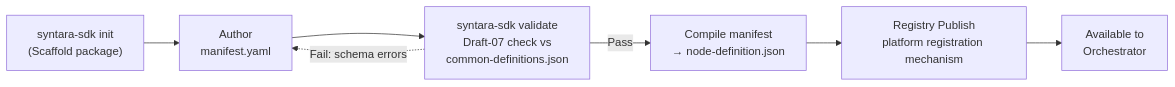
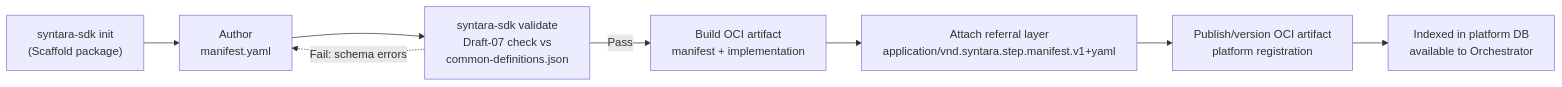
One commit to syntara-orchestration/syntara-node-sdk changed the second of 8 diagrams in docs/architecture.md. Above: the diagram before and after it, drawn with Mermaid. The commit also changed other lines of this file and 68 other files, not shown here.

Commit message:
fix: Restructure SDK and update terminology from "node" to "step"  (#4)

````diff
--- a/docs/architecture.md
+++ b/docs/architecture.md
@@ -248,16 +255,17 @@
 ```mermaid
 graph LR
     INIT["syntara-sdk init<br/>(Scaffold package)"]
     AUTHOR["Author<br/>manifest.yaml"]
     VALIDATE["syntara-sdk validate<br/>Draft-07 check vs<br/>common-definitions.json"]
-    BUILD["Compile manifest<br/>→ node-definition.json"]
-    PUBLISH["Registry Publish<br/>platform registration mechanism"]
-    HANDOFF["Available to<br/>Orchestrator"]
+    BUILD["Build OCI artifact<br/>manifest + implementation"]
+    REFERRAL["Attach referral layer<br/>application/vnd.syntara.step.manifest.v1+yaml"]
+    PUBLISH["Publish/version OCI artifact<br/>platform registration"]
+    HANDOFF["Indexed in platform DB<br/>available to Orchestrator"]
 
     INIT --> AUTHOR
     AUTHOR --> VALIDATE
     VALIDATE -->|Pass| BUILD
     VALIDATE -.->|Fail: schema errors| AUTHOR
-    BUILD --> PUBLISH
+    BUILD --> REFERRAL --> PUBLISH
     PUBLISH --> HANDOFF
 ```
````
